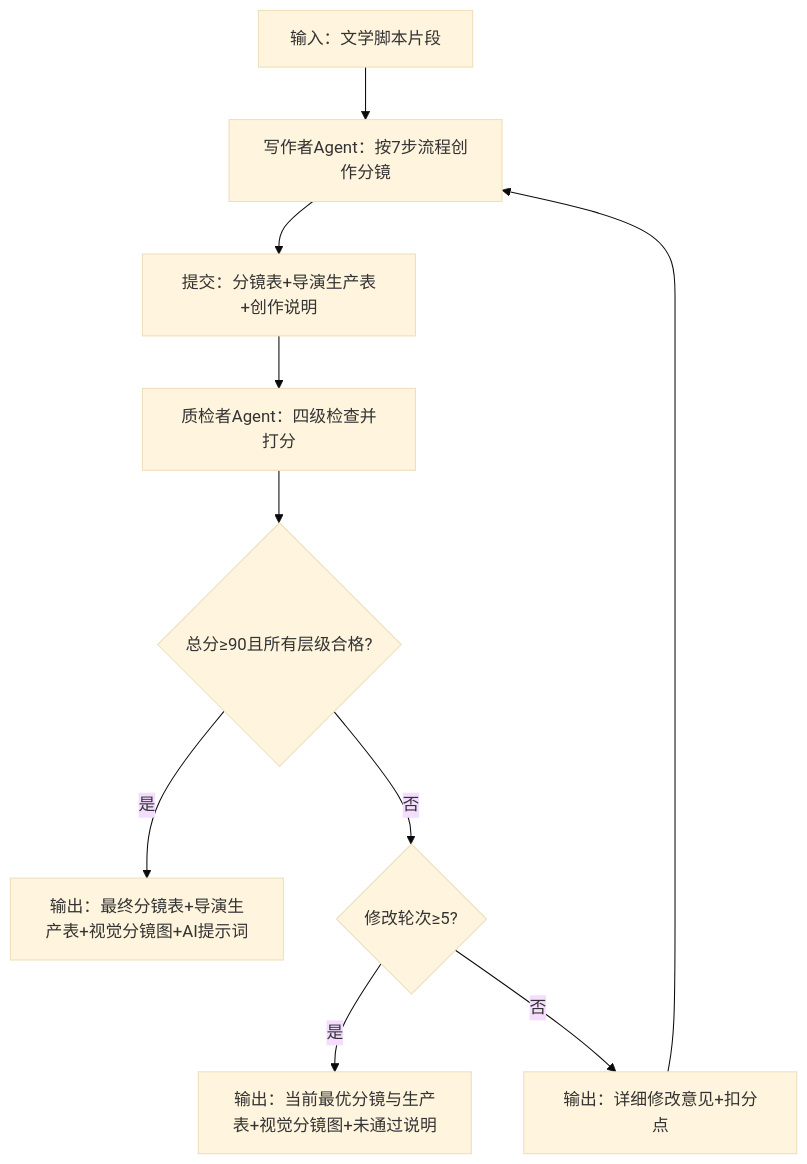
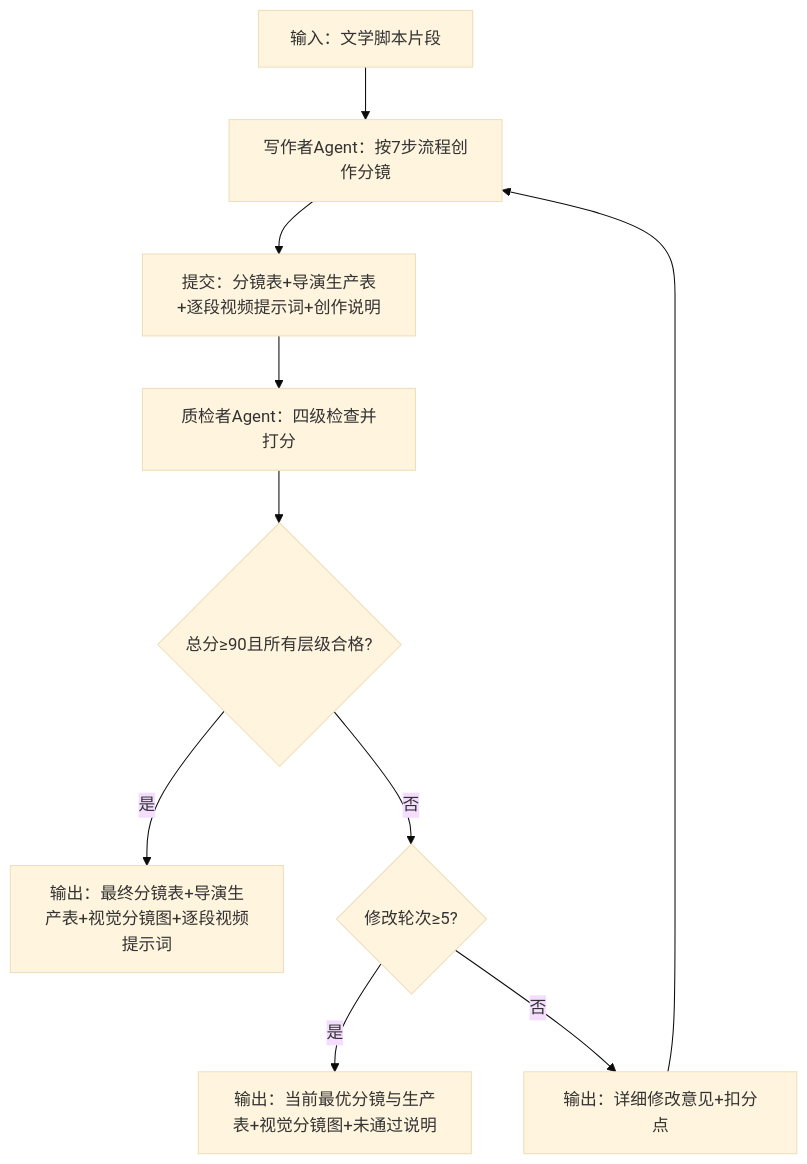
Before and after one commit to Punyko8/codex-skills: the diagram in skills/toffee-family-storyboard/SKILL.md, drawn with Mermaid (base theme). The commit also changed other lines of this file and 6 other files, not shown here.

````diff
--- a/skills/toffee-family-storyboard/SKILL.md
+++ b/skills/toffee-family-storyboard/SKILL.md
@@ -261,12 +266,12 @@
 ```mermaid
 graph TD
  A[输入：文学脚本片段] --> B[写作者Agent：按7步流程创作分镜]
- B --> C[提交：分镜表+导演生产表+创作说明]
+ B --> C[提交：分镜表+导演生产表+逐段视频提示词+创作说明]
  C --> D[质检者Agent：四级检查并打分]
  D --> E{总分≥90且所有层级合格?}
- E -->|是| F[输出：最终分镜表+导演生产表+视觉分镜图+AI提示词]
+ E -->|是| F[输出：最终分镜表+导演生产表+视觉分镜图+逐段视频提示词]
  E -->|否| G{修改轮次≥5?}
  G -->|是| H[输出：当前最优分镜与生产表+视觉分镜图+未通过说明]
  G -->|否| I[输出：详细修改意见+扣分点]
  I --> B
 ```
````
